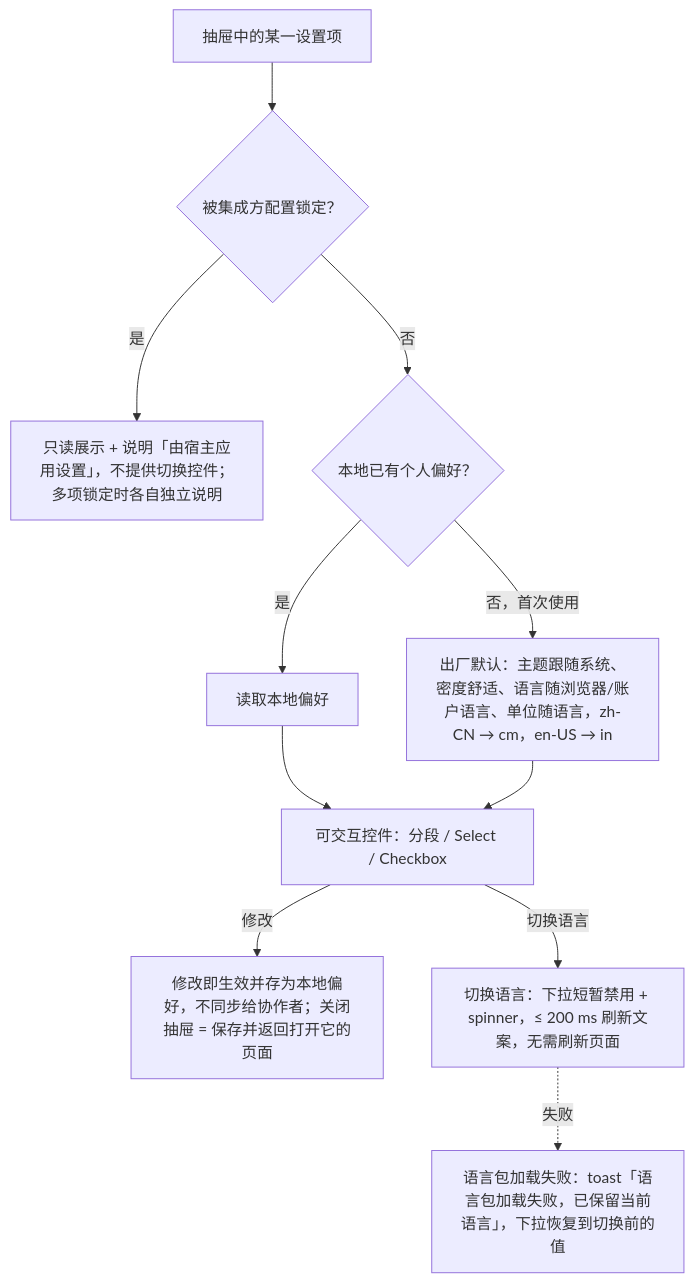
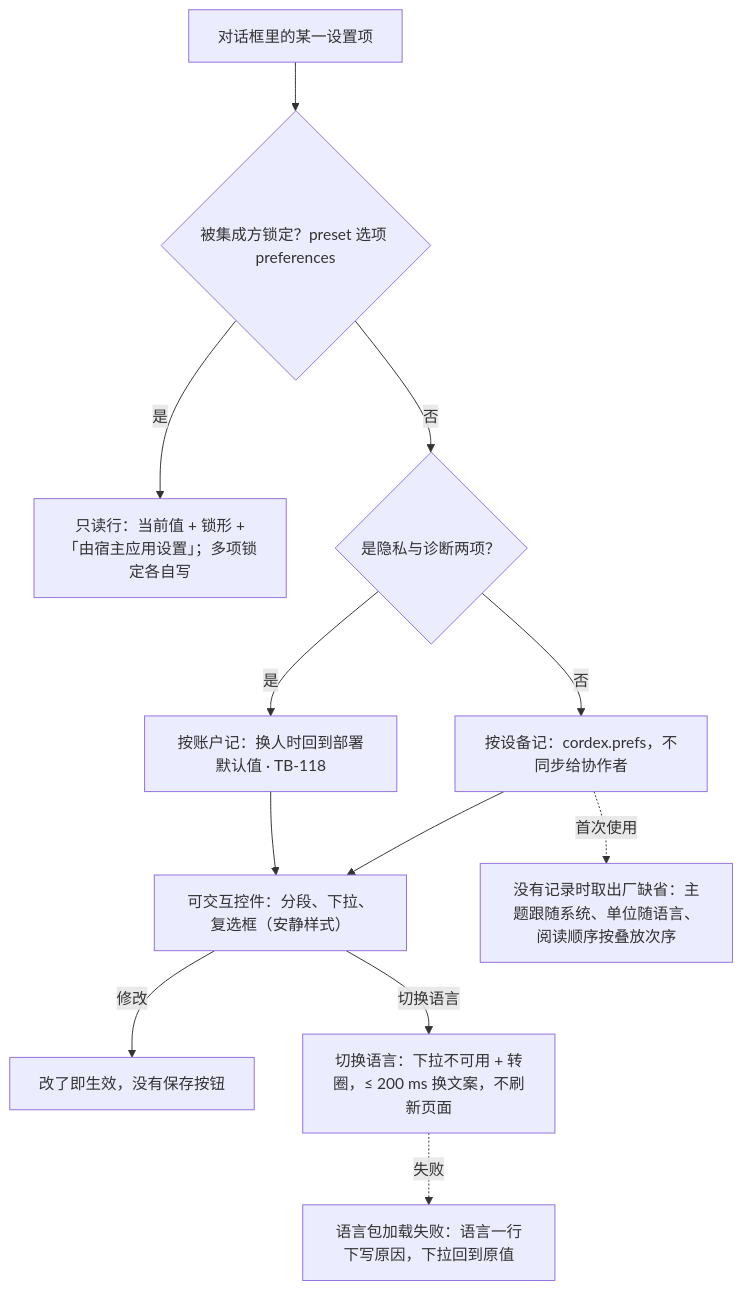
One commit to Xeonice/cordis-ppt-editor changed the diagram in docs/20-design/03-screens/23-settings-panel.md. Above: the diagram before and after it, drawn with Mermaid. The commit also changed other lines of this file and 44 other files, not shown here.

````diff
--- a/docs/20-design/03-screens/23-settings-panel.md
+++ b/docs/20-design/03-screens/23-settings-panel.md
@@ -60,21 +199,23 @@
 ```mermaid
 flowchart TB
-  item["抽屉中的某一设置项"]
-  lock{"被集成方配置锁定？"}
-  ro["只读展示 + 说明「由宿主应用设置」，不提供切换控件；多项锁定时各自独立说明"]
-  pref{"本地已有个人偏好？"}
-  usePref["读取本地偏好"]
-  def["出厂默认：主题跟随系统、密度舒适、语言随浏览器/账户语言、单位随语言，zh-CN → cm，en-US → in"]
-  ctl["可交互控件：分段 / Select / Checkbox"]
-  save["修改即生效并存为本地偏好，不同步给协作者；关闭抽屉 = 保存并返回打开它的页面"]
-  lang["切换语言：下拉短暂禁用 + spinner，≤ 200 ms 刷新文案，无需刷新页面"]
-  langFail["语言包加载失败：toast「语言包加载失败，已保留当前语言」，下拉恢复到切换前的值"]
+  item["对话框里的某一设置项"]
+  lock{"被集成方锁定？preset 选项 preferences"}
+  ro["只读行：当前值 + 锁形 +「由宿主应用设置」；多项锁定各自写"]
+  who{"是隐私与诊断两项？"}
+  acct["按账户记：换人时回到部署默认值 · TB-118"]
+  dev["按设备记：cordex.prefs，不同步给协作者"]
+  def["没有记录时取出厂缺省：主题跟随系统、单位随语言、阅读顺序按叠放次序"]
+  ctl["可交互控件：分段、下拉、复选框（安静样式）"]
+  save["改了即生效，没有保存按钮"]
+  lang["切换语言：下拉不可用 + 转圈，≤ 200 ms 换文案，不刷新页面"]
+  fail["语言包加载失败：语言一行下写原因，下拉回到原值"]
   item --> lock
   lock -->|"是"| ro
-  lock -->|"否"| pref
-  pref -->|"是"| usePref --> ctl
-  pref -->|"否，首次使用"| def --> ctl
+  lock -->|"否"| who
+  who -->|"是"| acct --> ctl
+  who -->|"否"| dev --> ctl
+  dev -.->|"首次使用"| def
   ctl -->|"修改"| save
   ctl -->|"切换语言"| lang
-  lang -.->|"失败"| langFail
+  lang -.->|"失败"| fail
 ```
````
